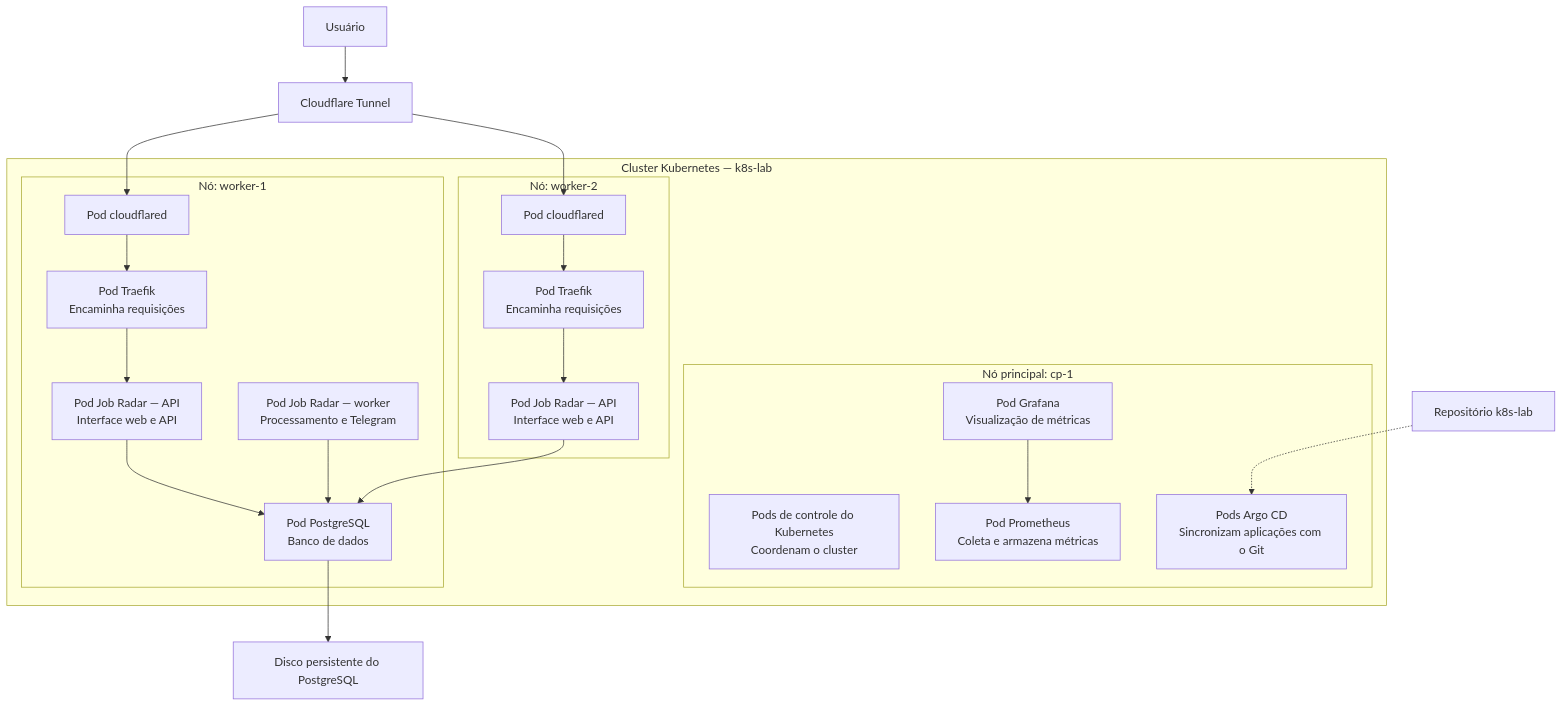
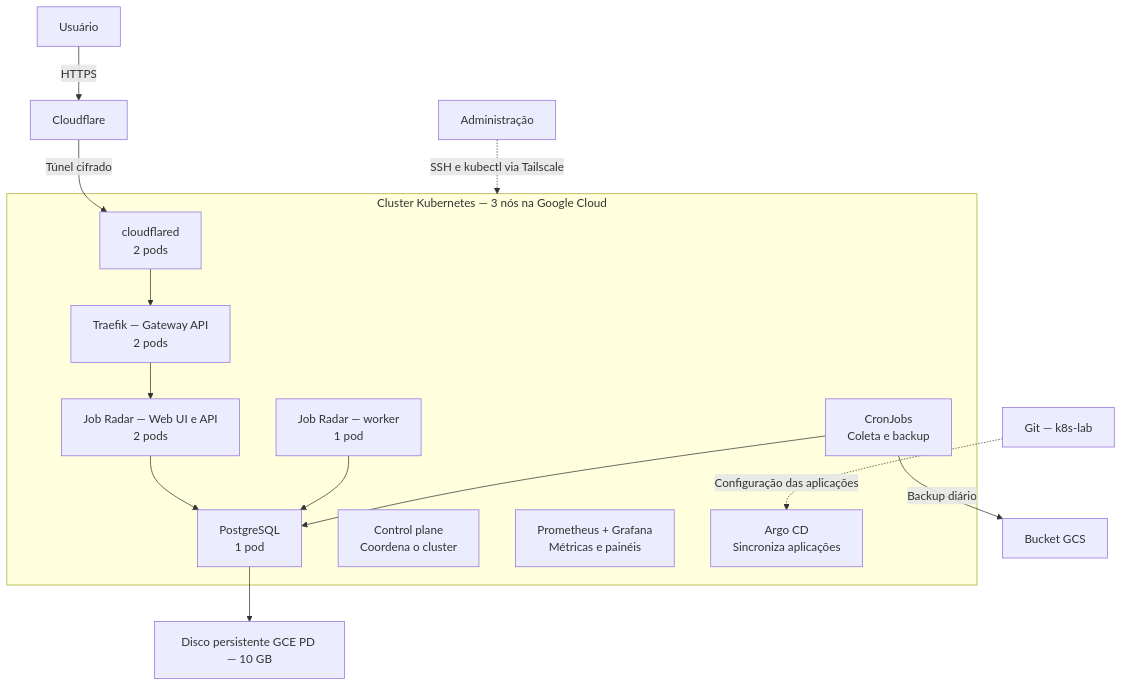
The diagram in README.md (paulocerqr/k8s-lab), drawn with Mermaid before and after one commit. The commit also changed other lines of this file, not shown here.

````diff
--- a/README.md
+++ b/README.md
@@ -113,43 +22,28 @@
 ```mermaid
 flowchart TB
-    Usuario["Usuário"] --> Cloudflare["Cloudflare Tunnel"]
+    Usuario["Usuário"] -->|HTTPS| Cloudflare["Cloudflare"]
 
-    subgraph Cluster["Cluster Kubernetes — k8s-lab"]
-        subgraph Principal["Nó principal: cp-1"]
-            Controle["Pods de controle do Kubernetes<br/>Coordenam o cluster"]
-            Grafana["Pod Grafana<br/>Visualização de métricas"]
-            Prometheus["Pod Prometheus<br/>Coleta e armazena métricas"]
-            Argo["Pods Argo CD<br/>Sincronizam aplicações com o Git"]
+    subgraph Cluster["Cluster Kubernetes — 3 nós na Google Cloud"]
+        Tunnel["cloudflared<br/>2 pods"]
+        Traefik["Traefik — Gateway API<br/>2 pods"]
+        API["Job Radar — Web UI e API<br/>2 pods"]
+        Worker["Job Radar — worker<br/>1 pod"]
+        CronJobs["CronJobs<br/>Coleta e backup"]
+        Banco["PostgreSQL<br/>1 pod"]
 
-            Grafana --> Prometheus
-        end
+        Controle["Control plane<br/>Coordena o cluster"]
+        Monitoramento["Prometheus + Grafana<br/>Métricas e painéis"]
+        Argo["Argo CD<br/>Sincroniza aplicações"]
 
-        subgraph Worker1["Nó: worker-1"]
-            Tunnel1["Pod cloudflared"]
-            Traefik1["Pod Traefik<br/>Encaminha requisições"]
-            API1["Pod Job Radar — API<br/>Interface web e API"]
-            Worker["Pod Job Radar — worker<br/>Processamento e Telegram"]
-            Postgres["Pod PostgreSQL<br/>Banco de dados"]
-
-            Tunnel1 --> Traefik1 --> API1
-            API1 --> Postgres
-            Worker --> Postgres
-        end
-
-        subgraph Worker2["Nó: worker-2"]
-            Tunnel2["Pod cloudflared"]
-            Traefik2["Pod Traefik<br/>Encaminha requisições"]
-            API2["Pod Job Radar — API<br/>Interface web e API"]
-
-            Tunnel2 --> Traefik2 --> API2
-        end
-
-        API2 --> Postgres
+        Tunnel --> Traefik --> API
+        API --> Banco
+        Worker --> Banco
+        CronJobs --> Banco
     end
 
-    Cloudflare --> Tunnel1
-    Cloudflare --> Tunnel2
-
-    Git["Repositório k8s-lab"] -.-> Argo
-    Postgres --> Disco["Disco persistente do PostgreSQL"]
+    Cloudflare -->|Túnel cifrado| Tunnel
+    Git["Git — k8s-lab"] -.->|Configuração das aplicações| Argo
+    Admin["Administração"] -.->|SSH e kubectl via Tailscale| Cluster
+    Banco --> Disco["Disco persistente GCE PD — 10 GB"]
+    CronJobs -->|Backup diário| GCS["Bucket GCS"]
 ```
````
